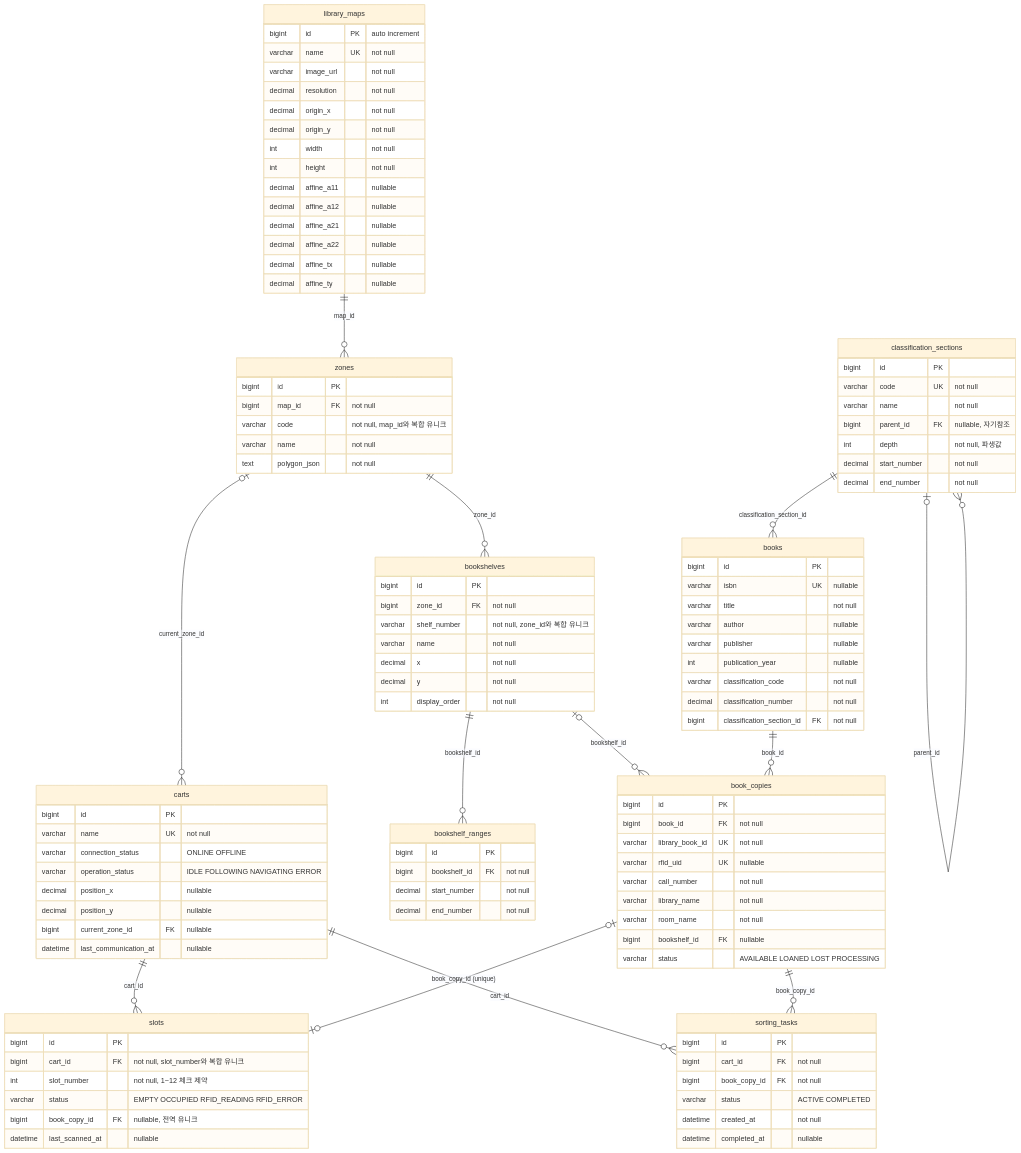
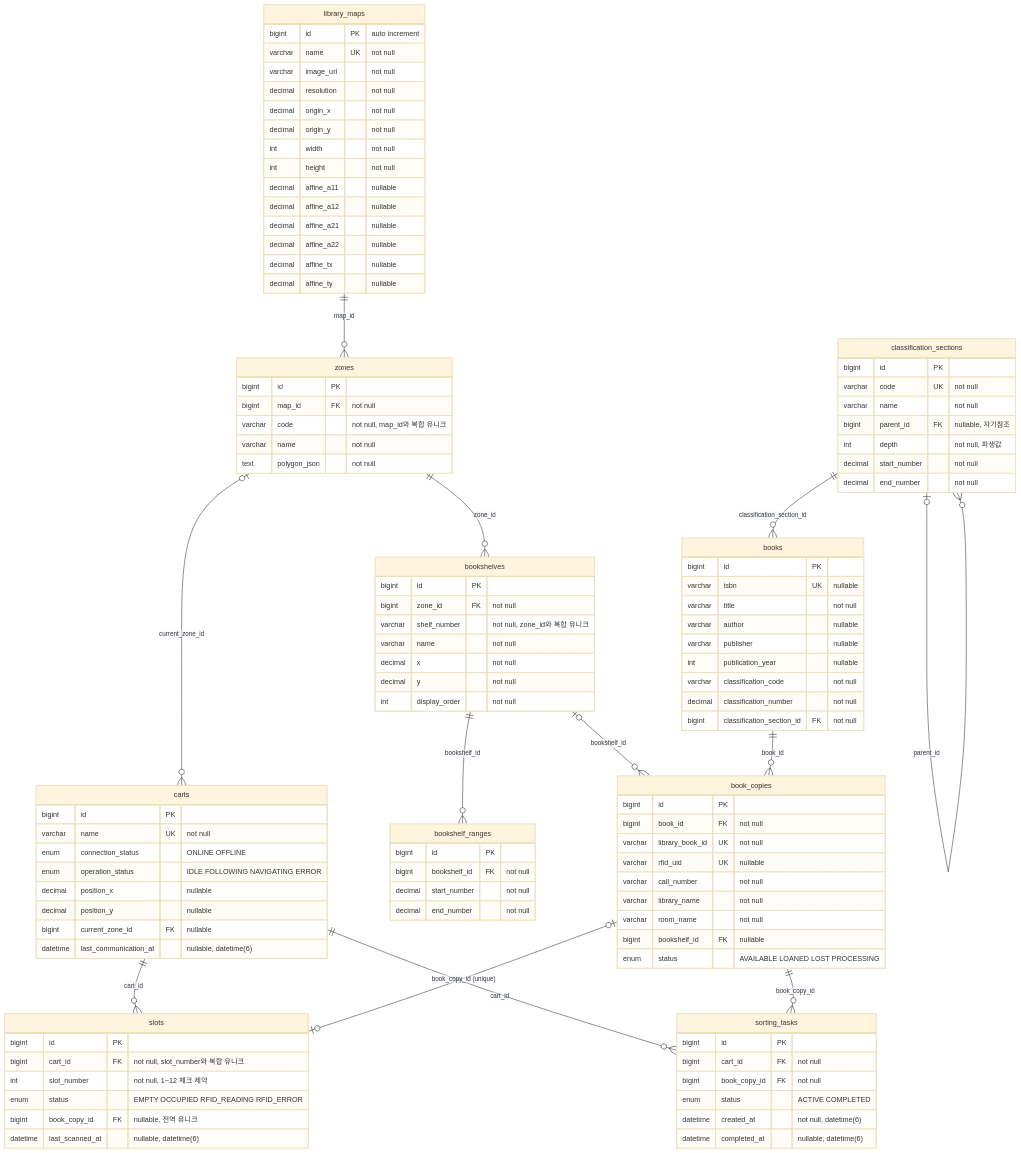
Before and after one commit to SeonYoo-Kim/Choll_: the diagram in docs/specs/ERD.md, drawn with Mermaid (base theme). The commit also changed other lines of this file and 1 other file, not shown here.

Commit message:
[docs] ERD를 실 DB 리버스 엔지니어링(erd.mwb)과 교차 검증해 갱신
- 상태 컬럼 varchar → enum, 시각 컬럼 datetime(6) 명시 (DB 실측)
- FK 관계는 JPA 코드 기준과 완전 일치 확인
- backend/erd.mwb 최신본 반영

````diff
--- a/docs/specs/ERD.md
+++ b/docs/specs/ERD.md
@@ -91,35 +93,35 @@
         varchar library_name "not null"
         varchar room_name "not null"
         bigint bookshelf_id FK "nullable"
-        varchar status "AVAILABLE LOANED LOST PROCESSING"
+        enum status "AVAILABLE LOANED LOST PROCESSING"
     }
 
     carts {
         bigint id PK
         varchar name UK "not null"
-        varchar connection_status "ONLINE OFFLINE"
-        varchar operation_status "IDLE FOLLOWING NAVIGATING ERROR"
+        enum connection_status "ONLINE OFFLINE"
+        enum operation_status "IDLE FOLLOWING NAVIGATING ERROR"
         decimal position_x "nullable"
         decimal position_y "nullable"
         bigint current_zone_id FK "nullable"
-        datetime last_communication_at "nullable"
+        datetime last_communication_at "nullable, datetime(6)"
     }
 
     slots {
         bigint id PK
         bigint cart_id FK "not null, slot_number와 복합 유니크"
         int slot_number "not null, 1~12 체크 제약"
-        varchar status "EMPTY OCCUPIED RFID_READING RFID_ERROR"
+        enum status "EMPTY OCCUPIED RFID_READING RFID_ERROR"
         bigint book_copy_id FK "nullable, 전역 유니크"
-        datetime last_scanned_at "nullable"
+        datetime last_scanned_at "nullable, datetime(6)"
     }
 
     sorting_tasks {
         bigint id PK
         bigint cart_id FK "not null"
         bigint book_copy_id FK "not null"
-        varchar status "ACTIVE COMPLETED"
-        datetime created_at "not null"
-        datetime completed_at "nullable"
+        enum status "ACTIVE COMPLETED"
+        datetime created_at "not null, datetime(6)"
+        datetime completed_at "nullable, datetime(6)"
     }
 ```
````
